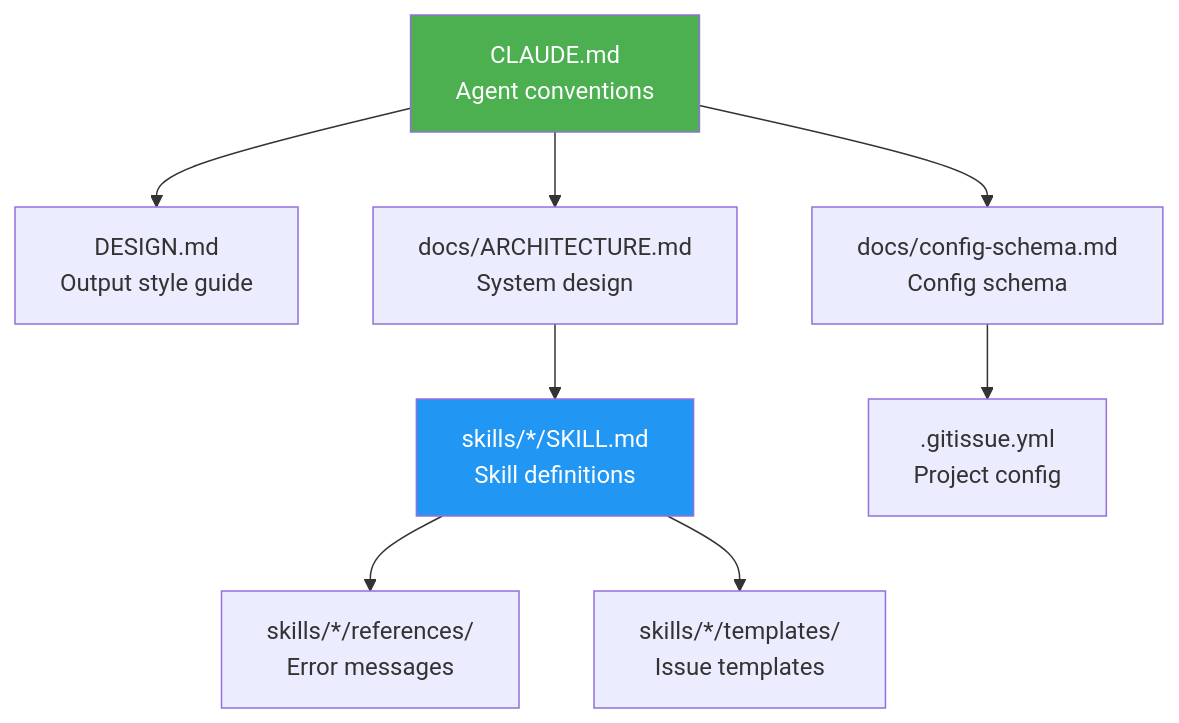
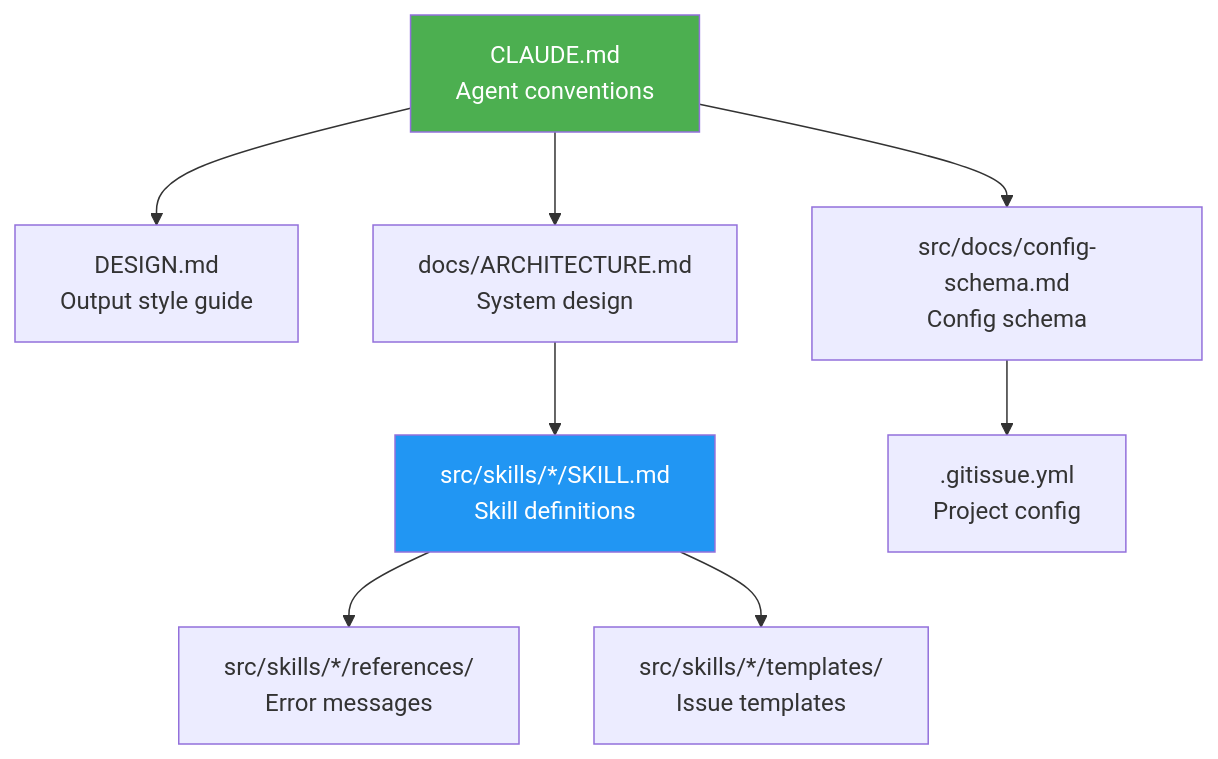
Before and after one commit to luongnv89/idd: the second of 2 diagrams in docs/DEVELOPMENT.md, drawn with Mermaid. The commit also changed other lines of this file and 10 other files, not shown here.

````diff
--- a/docs/DEVELOPMENT.md
+++ b/docs/DEVELOPMENT.md
@@ -96,13 +96,13 @@
 ```mermaid
 graph TD
     CM["CLAUDE.md<br/>Agent conventions"] --> DM["DESIGN.md<br/>Output style guide"]
-    CM --> CS["docs/config-schema.md<br/>Config schema"]
+    CM --> CS["src/docs/config-schema.md<br/>Config schema"]
     CM --> AR["docs/ARCHITECTURE.md<br/>System design"]
-    AR --> SK["skills/*/SKILL.md<br/>Skill definitions"]
-    SK --> EM["skills/*/references/<br/>Error messages"]
-    SK --> TM["skills/*/templates/<br/>Issue templates"]
+    AR --> SK["src/skills/*/SKILL.md<br/>Skill definitions"]
+    SK --> EM["src/skills/*/references/<br/>Error messages"]
+    SK --> TM["src/skills/*/templates/<br/>Issue templates"]
     CS --> GY[".gitissue.yml<br/>Project config"]
 
     style CM fill:#4CAF50,color:#fff
     style SK fill:#2196F3,color:#fff
 ```
````
